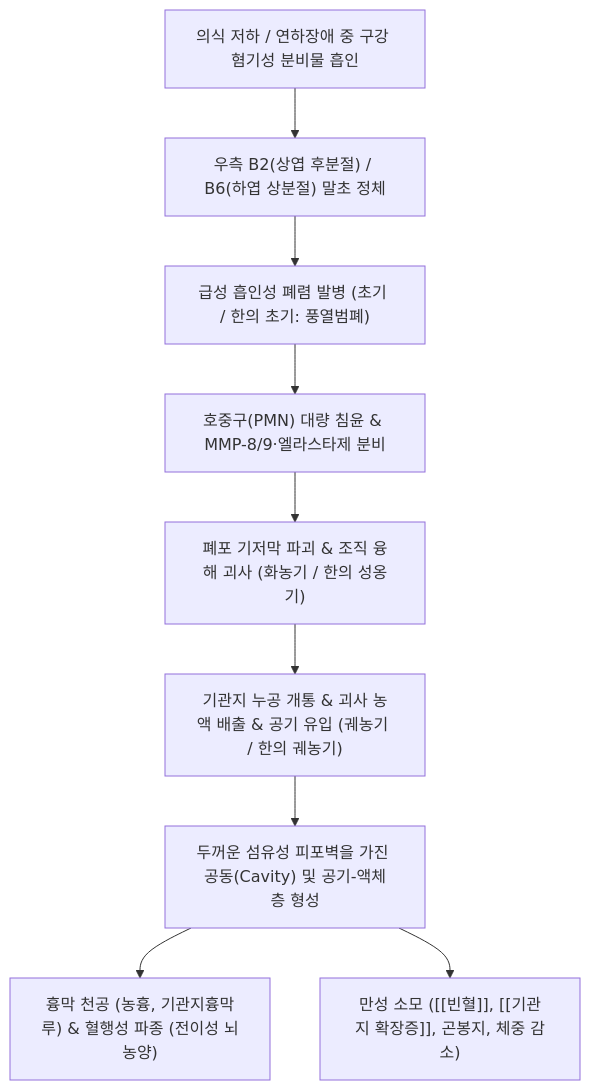
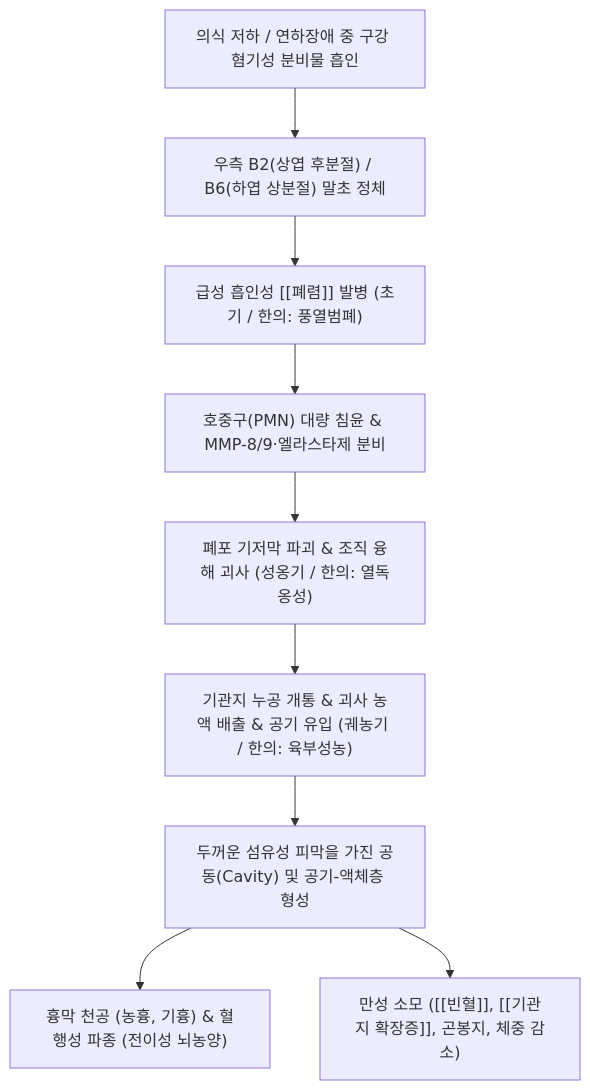
Before and after one commit to simbio11/simbio-digital-garden2: the diagram in content/3. 이론 공부/질환/호흡기 질환/기관지·폐/폐옹.md, drawn with Mermaid. The commit also changed other lines of this file and 86 other files, not shown here.

````diff
--- a/content/3. 이론 공부/질환/호흡기 질환/기관지·폐/폐옹.md
+++ b/content/3. 이론 공부/질환/호흡기 질환/기관지·폐/폐옹.md
@@ -61,11 +68,11 @@
 ```mermaid
 graph TD
     Aspiration["의식 저하 / 연하장애 중 구강 혐기성 분비물 흡인"] --> Lodgement["우측 B2(상엽 후분절) / B6(하엽 상분절) 말초 정체"]
-    Lodgement --> AcutePneumonia["급성 흡인성 폐렴 발병 (초기 / 한의 초기: 풍열범폐)"]
+    Lodgement --> AcutePneumonia["급성 흡인성 [[폐렴]] 발병 (초기 / 한의: 풍열범폐)"]
     AcutePneumonia --> PMN_Infiltration["호중구(PMN) 대량 침윤 & MMP-8/9·엘라스타제 분비"]
-    PMN_Infiltration --> Liquefaction["폐포 기저막 파괴 & 조직 융해 괴사 (화농기 / 한의 성옹기)"]
-    Liquefaction --> Fistula["기관지 누공 개통 & 괴사 농액 배출 & 공기 유입 (궤농기 / 한의 궤농기)"]
-    Fistula --> CavityFormation["두꺼운 섬유성 피포벽을 가진 공동(Cavity) 및 공기-액체층 형성"]
-    CavityFormation --> RupturePleura["흉막 천공 (농흉, 기관지흉막루) & 혈행성 파종 (전이성 뇌농양)"]
+    PMN_Infiltration --> Liquefaction["폐포 기저막 파괴 & 조직 융해 괴사 (성옹기 / 한의: 열독옹성)"]
+    Liquefaction --> Fistula["기관지 누공 개통 & 괴사 농액 배출 & 공기 유입 (궤농기 / 한의: 육부성농)"]
+    Fistula --> CavityFormation["두꺼운 섬유성 피막을 가진 공동(Cavity) 및 공기-액체층 형성"]
+    CavityFormation --> RupturePleura["흉막 천공 (농흉, 기흉) & 혈행성 파종 (전이성 뇌농양)"]
     CavityFormation --> ChronicWasting["만성 소모 ([[빈혈]], [[기관지 확장증]], 곤봉지, 체중 감소)"]
 ```
````
